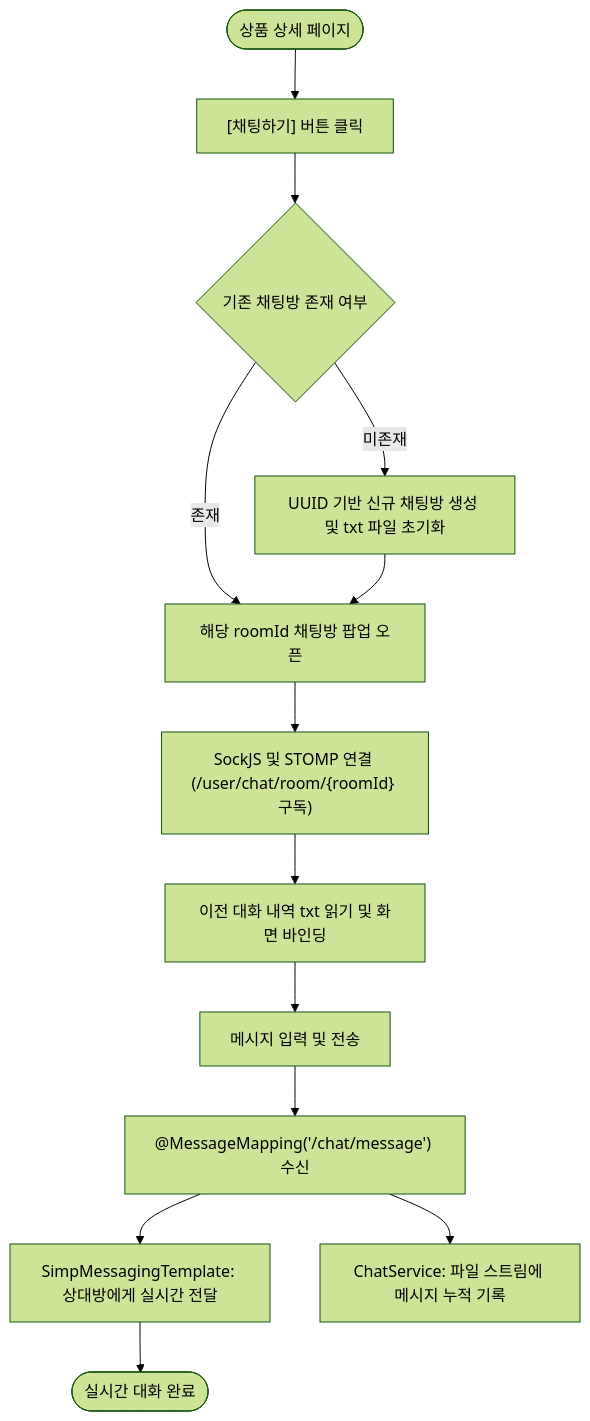
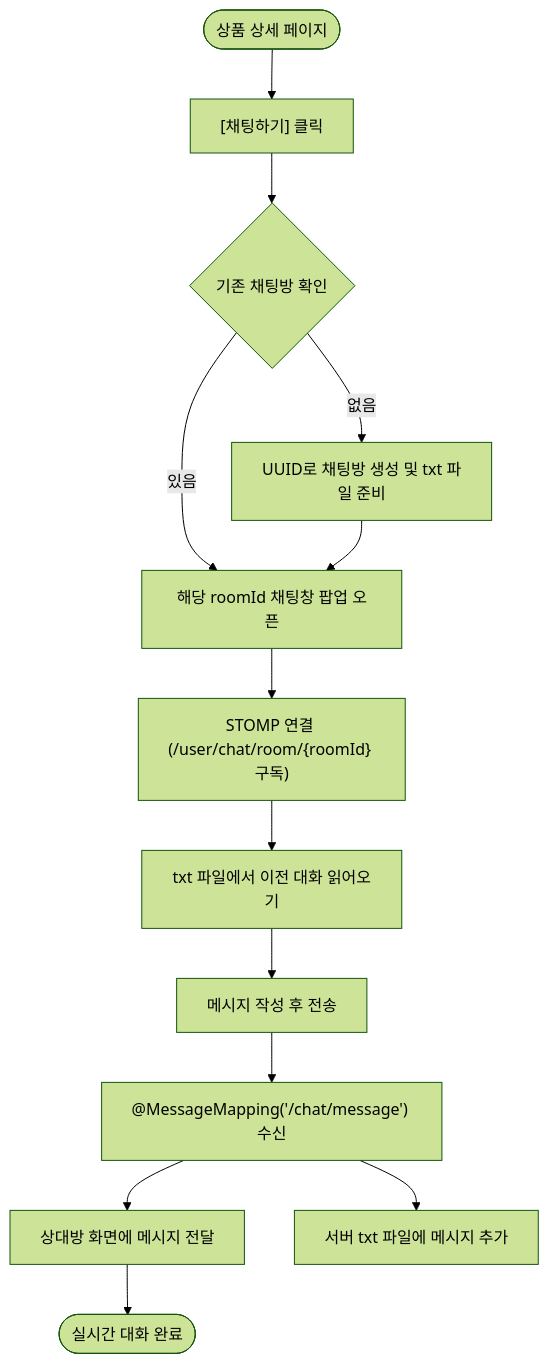
The second of 3 diagrams in Final_Project/README.md (Ga-byeol/UsedMarket), drawn with Mermaid (forest theme) before and after one commit. The commit also changed other lines of this file and 1 other file, not shown here.

````diff
--- a/Final_Project/README.md
+++ b/Final_Project/README.md
@@ -146,18 +127,18 @@
 ```mermaid
 flowchart TD
-    Start(["상품 상세 페이지"]) --> ClickChat["[채팅하기] 버튼 클릭"]
-    ClickChat --> CheckRoom{"기존 채팅방 존재 여부"}
-    CheckRoom -->|"미존재"| CreateRoom["UUID 기반 신규 채팅방 생성 및 txt 파일 초기화"]
-    CheckRoom -->|"존재"| EnterRoom["해당 roomId 채팅방 팝업 오픈"]
+    Start(["상품 상세 페이지"]) --> ClickChat["[채팅하기] 클릭"]
+    ClickChat --> CheckRoom{"기존 채팅방 확인"}
+    CheckRoom -->|"없음"| CreateRoom["UUID로 채팅방 생성 및 txt 파일 준비"]
+    CheckRoom -->|"있음"| EnterRoom["해당 roomId 채팅창 팝업 오픈"]
     CreateRoom --> EnterRoom
 
-    EnterRoom --> SockConnect["SockJS 및 STOMP 연결 (/user/chat/room/{roomId} 구독)"]
-    SockConnect --> LoadHistory["이전 대화 내역 txt 읽기 및 화면 바인딩"]
+    EnterRoom --> SockConnect["STOMP 연결 (/user/chat/room/{roomId} 구독)"]
+    SockConnect --> LoadHistory["txt 파일에서 이전 대화 읽어오기"]
     
-    LoadHistory --> SendMsg["메시지 입력 및 전송"]
+    LoadHistory --> SendMsg["메시지 작성 후 전송"]
     SendMsg --> Mapping["@MessageMapping('/chat/message') 수신"]
-    Mapping --> Broadcast["SimpMessagingTemplate: 상대방에게 실시간 전달"]
-    Mapping --> SaveTxt["ChatService: 파일 스트림에 메시지 누적 기록"]
+    Mapping --> Broadcast["상대방 화면에 메시지 전달"]
+    Mapping --> SaveTxt["서버 txt 파일에 메시지 추가"]
     
     Broadcast --> Finish(["실시간 대화 완료"])
 ```
````
